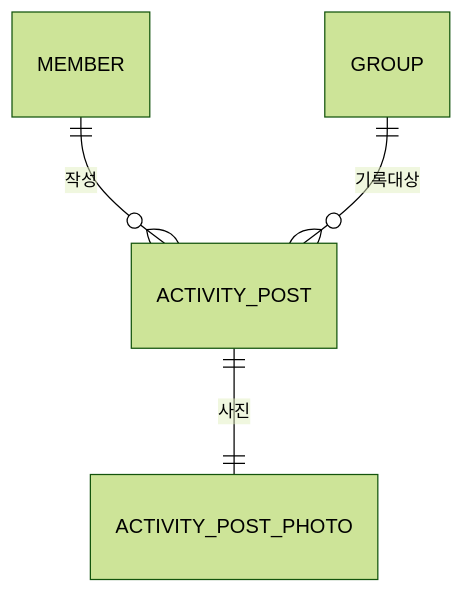
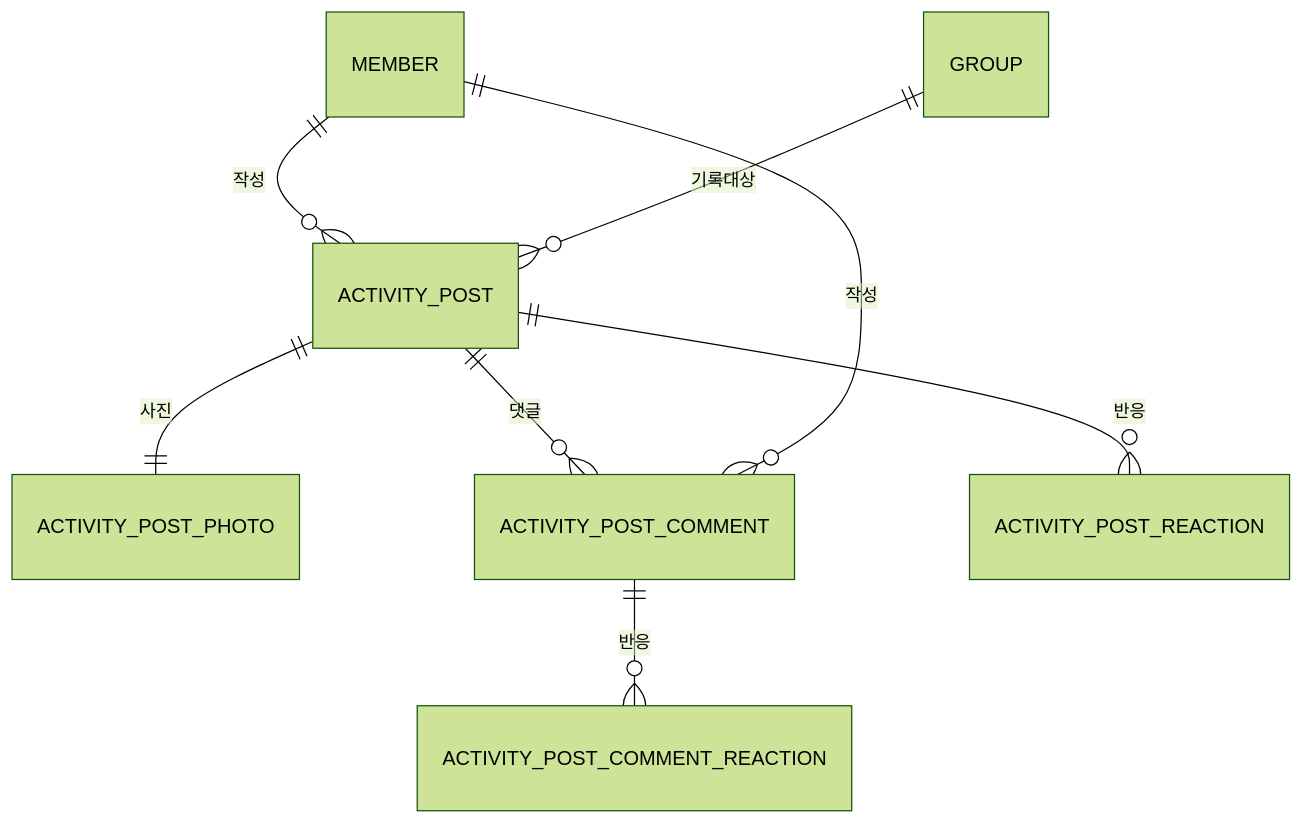
Before and after one commit to woowacourse-teams/2026-jarihana: the diagram in backend/docs/context/domain/model/activitypost.md, drawn with Mermaid (forest theme). The commit also changed other lines of this file and 41 other files, not shown here.

First line of the commit message:
feat(activity-post): 활동 기록에 댓글과 이모지 반응을 추가한다

````diff
--- a/backend/docs/context/domain/model/activitypost.md
+++ b/backend/docs/context/domain/model/activitypost.md
@@ -7,6 +7,10 @@
 ```mermaid
 erDiagram
     MEMBER ||--o{ ACTIVITY_POST : 작성
     GROUP ||--o{ ACTIVITY_POST : 기록대상
     ACTIVITY_POST ||--|| ACTIVITY_POST_PHOTO : 사진
+    ACTIVITY_POST ||--o{ ACTIVITY_POST_COMMENT : 댓글
+    MEMBER ||--o{ ACTIVITY_POST_COMMENT : 작성
+    ACTIVITY_POST ||--o{ ACTIVITY_POST_REACTION : 반응
+    ACTIVITY_POST_COMMENT ||--o{ ACTIVITY_POST_COMMENT_REACTION : 반응
 ```
````
